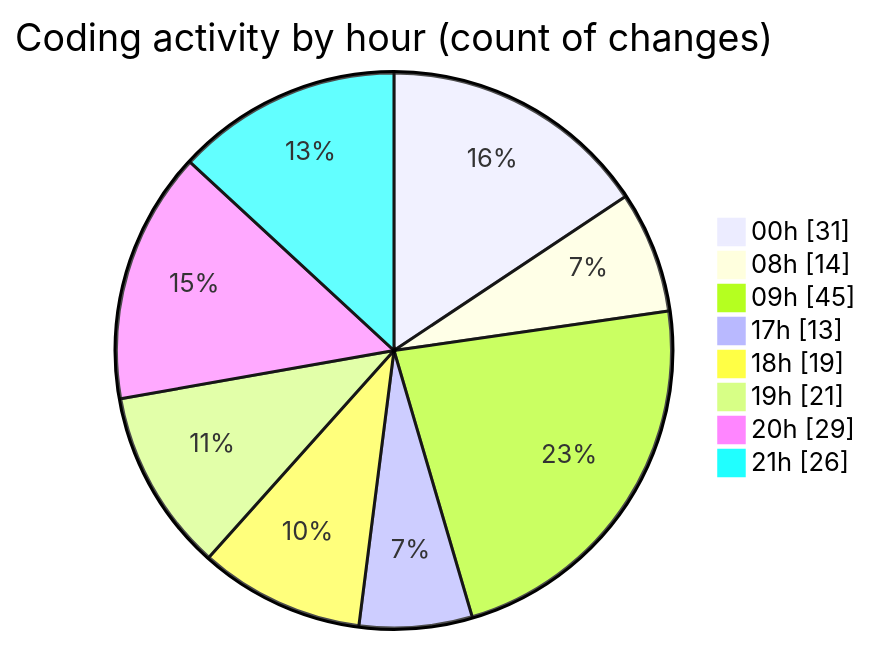
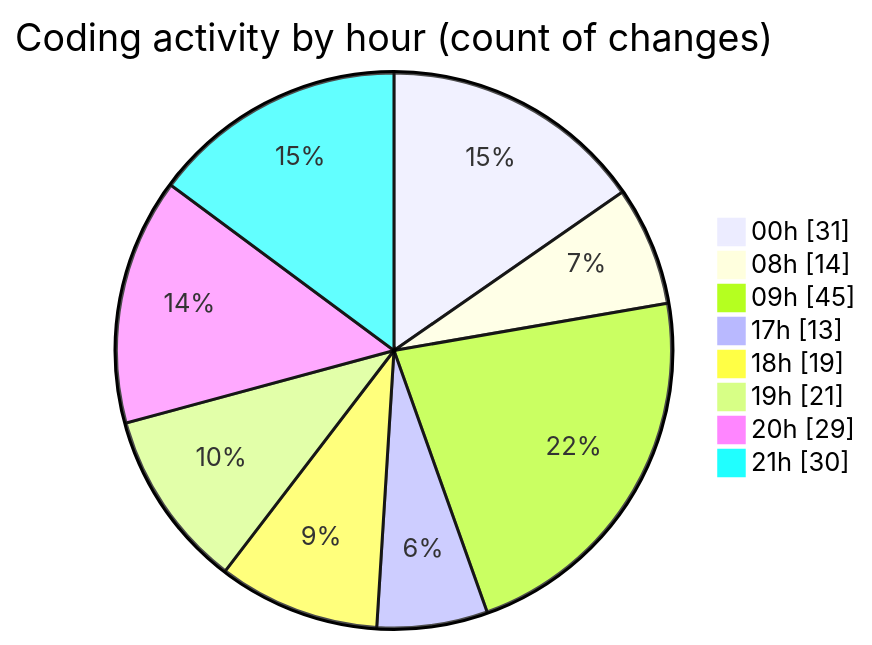
One commit to lephambinh05/code-tracking changed the second of 2 diagrams in 2025-08-03/studybuddy/README.md. Above: the diagram before and after it, drawn with Mermaid. The commit also changed other lines of this file and 1 other file, not shown here.

````diff
--- a/2025-08-03/studybuddy/README.md
+++ b/2025-08-03/studybuddy/README.md
@@ -99,12 +99,12 @@
 ```mermaid
 pie showData
 title Coding activity by hour (count of changes)
 "00h" : 31
 "08h" : 14
 "09h" : 45
 "17h" : 13
 "18h" : 19
 "19h" : 21
 "20h" : 29
-"21h" : 26
+"21h" : 30
 ```
````
